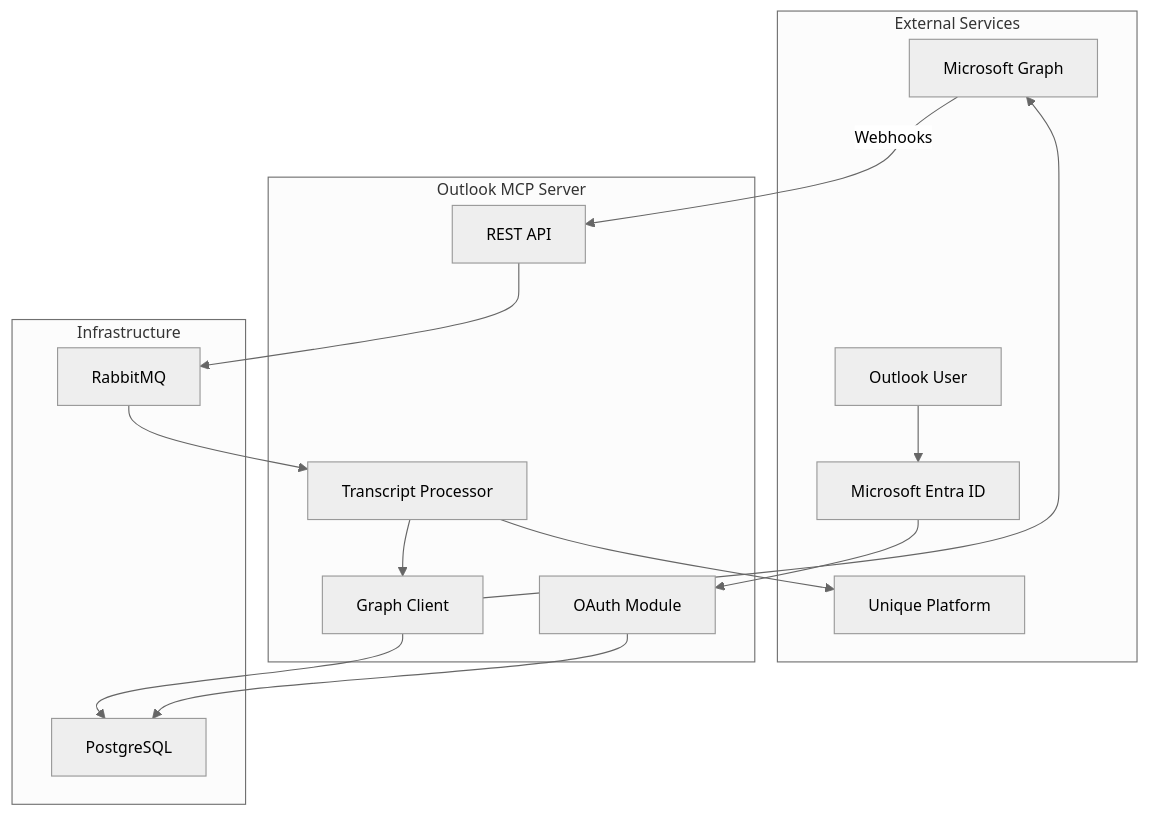
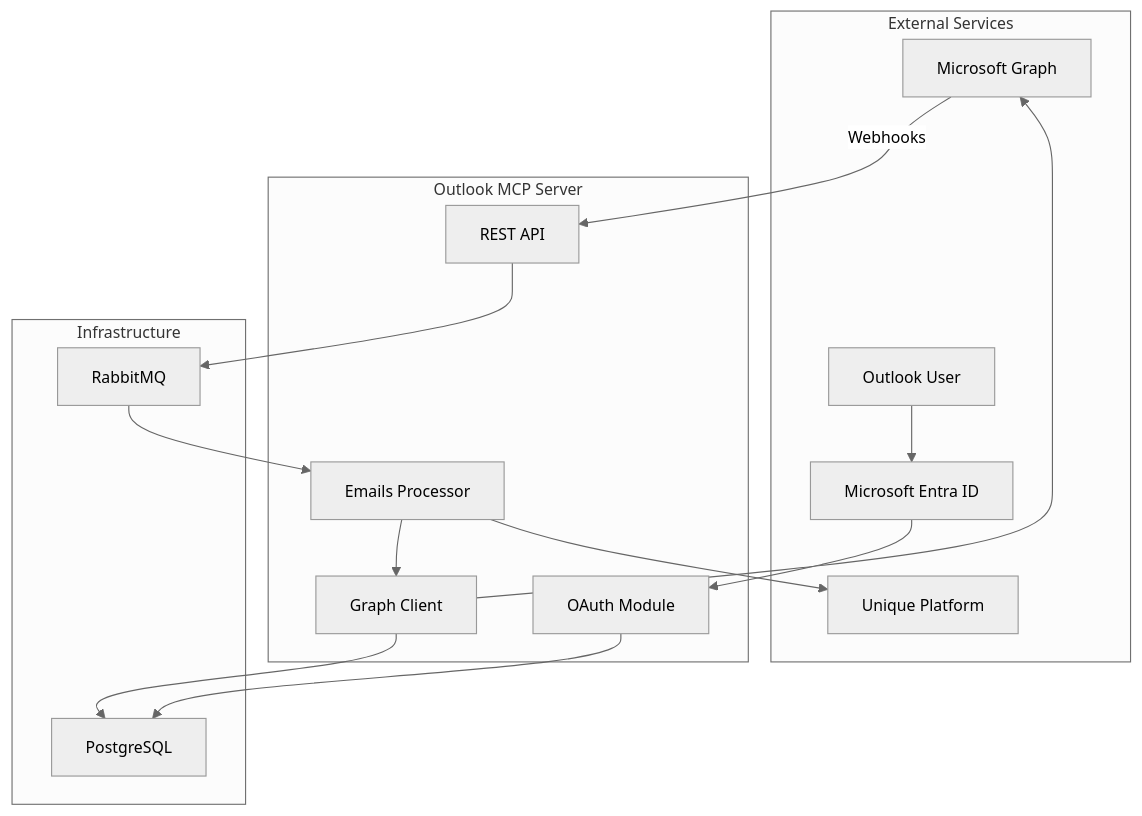
The first of 4 diagrams in services/outlook-fat-mcp/docs/technical/architecture.md (Unique-AG/connectors), drawn with Mermaid before and after one commit. The commit also changed other lines of this file and 11 other files, not shown here.

````diff
--- a/services/outlook-fat-mcp/docs/technical/architecture.md
+++ b/services/outlook-fat-mcp/docs/technical/architecture.md
@@ -17,36 +17,36 @@
 ```mermaid
 %%{init: {'theme': 'neutral', 'themeVariables': { 'fontSize': '14px' }}}%%
 flowchart TB
     subgraph External["External Services"]
         User["Outlook User"]
         EntraID["Microsoft Entra ID"]
         MSGraph["Microsoft Graph"]
         Unique["Unique Platform"]
     end
 
     subgraph OutlookMCP["Outlook MCP Server"]
         OAuth["OAuth Module"]
         API["REST API"]
-        Processor["Transcript Processor"]
+        Processor["Emails Processor"]
         GraphClient["Graph Client"]
     end
 
     subgraph Infrastructure["Infrastructure"]
         Queue["RabbitMQ"]
         DB["PostgreSQL"]
     end
 
     User --> EntraID
     EntraID --> OAuth
     OAuth --> DB
     
     MSGraph -->|"Webhooks"| API
     API --> Queue
     Queue --> Processor
     
     Processor --> GraphClient
     GraphClient --> DB
     GraphClient --> MSGraph
     
     Processor --> Unique
 ```
````
